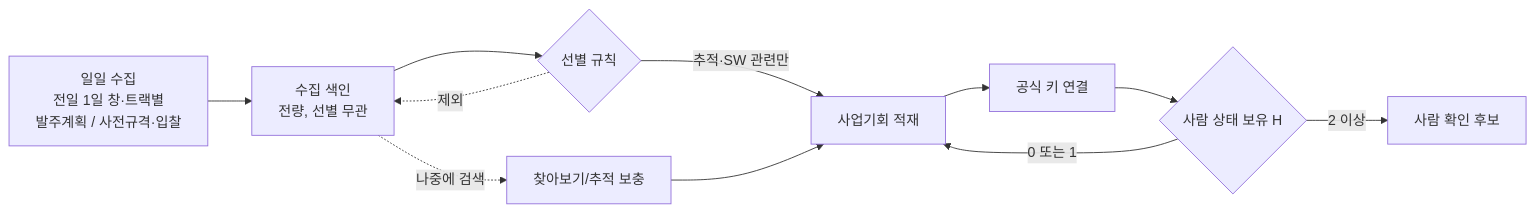
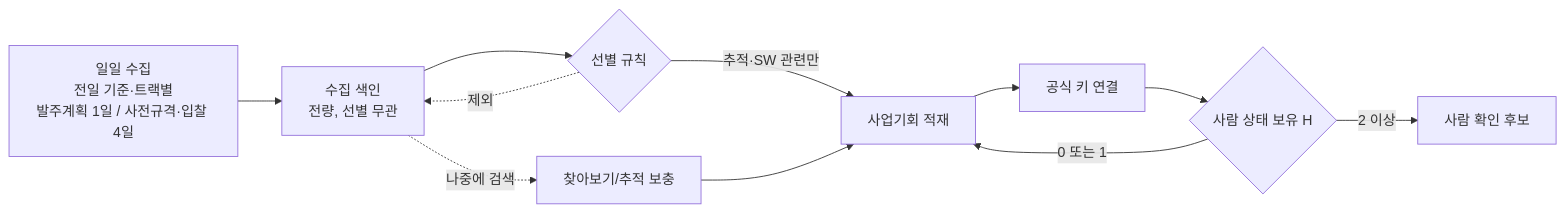
One commit to jechoiyyy/bidops changed the fourth of 9 diagrams in docs/ARCHITECTURE.md. Above: the diagram before and after it, drawn with Mermaid. The commit also changed 4 other files, not shown here.

```diff
--- a/docs/ARCHITECTURE.md
+++ b/docs/ARCHITECTURE.md
@@ -242,21 +242,21 @@
 ~~~mermaid
 flowchart LR
-    daily[일일 수집<br/>전일 1일 창·트랙별<br/>발주계획 / 사전규격·입찰]
+    daily[일일 수집<br/>전일 기준·트랙별<br/>발주계획 1일 / 사전규격·입찰 4일]
     index[수집 색인<br/>전량, 선별 무관]
     select{선별 규칙}
     ingest[사업기회 적재]
     link[공식 키 연결]
     merge{사람 상태 보유 H}
     candidate[사람 확인 후보]
     search[찾아보기/추적 보충]
 
     daily --> index
     index --> select
     select -->|추적·SW 관련만| ingest
     select -.제외.-> index
     ingest --> link
     link --> merge
     merge -->|0 또는 1| ingest
     merge -->|2 이상| candidate
     index -.나중에 검색.-> search --> ingest
 ~~~
```
